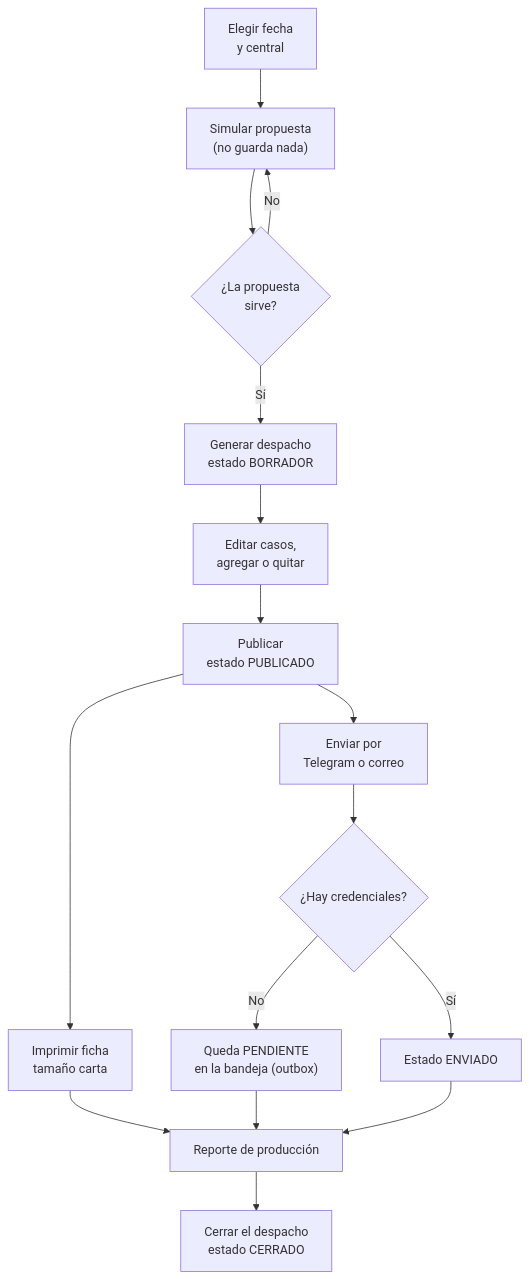
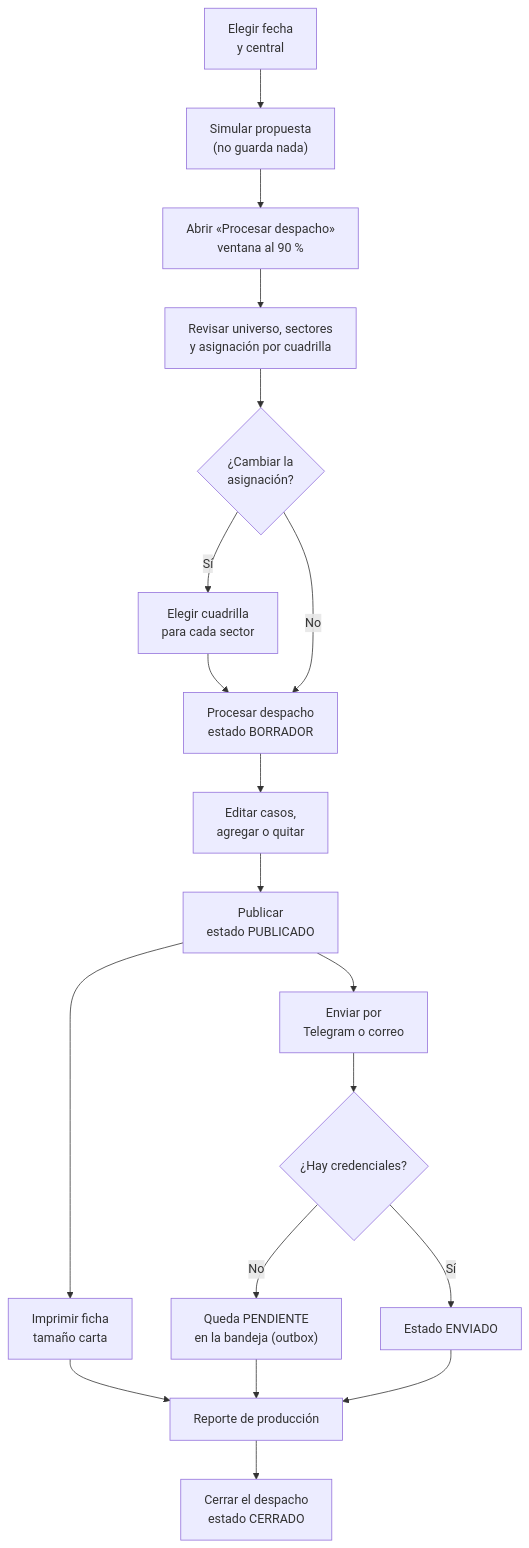
Before and after one commit to anlucorporations/GGTO: the first of 2 diagrams in docs/Manuales/03-Implementacion/05-despacho.md, drawn with Mermaid. The commit also changed other lines of this file and 204 other files, not shown here.

````diff
--- a/docs/Manuales/03-Implementacion/05-despacho.md
+++ b/docs/Manuales/03-Implementacion/05-despacho.md
@@ -40,18 +58,21 @@
 ```mermaid
 flowchart TD
     A["Elegir fecha<br/>y central"] --> B["Simular propuesta<br/>(no guarda nada)"]
-    B --> C{"¿La propuesta<br/>sirve?"}
-    C -- "No" --> B
-    C -- "Sí" --> D["Generar despacho<br/>estado BORRADOR"]
+    B --> C["Abrir «Procesar despacho»<br/>ventana al 90 %"]
+    C --> C2["Revisar universo, sectores<br/>y asignación por cuadrilla"]
+    C2 --> C3{"¿Cambiar la<br/>asignación?"}
+    C3 -- "Sí" --> C4["Elegir cuadrilla<br/>para cada sector"]
+    C4 --> D["Procesar despacho<br/>estado BORRADOR"]
+    C3 -- "No" --> D
     D --> E["Editar casos,<br/>agregar o quitar"]
     E --> F["Publicar<br/>estado PUBLICADO"]
     F --> G["Imprimir ficha<br/>tamaño carta"]
     F --> H["Enviar por<br/>Telegram o correo"]
     H --> I{"¿Hay credenciales?"}
     I -- "No" --> J["Queda PENDIENTE<br/>en la bandeja (outbox)"]
     I -- "Sí" --> K["Estado ENVIADO"]
     G --> L["Reporte de producción"]
     J --> L
     K --> L
     L --> M["Cerrar el despacho<br/>estado CERRADO"]
 ```
````
